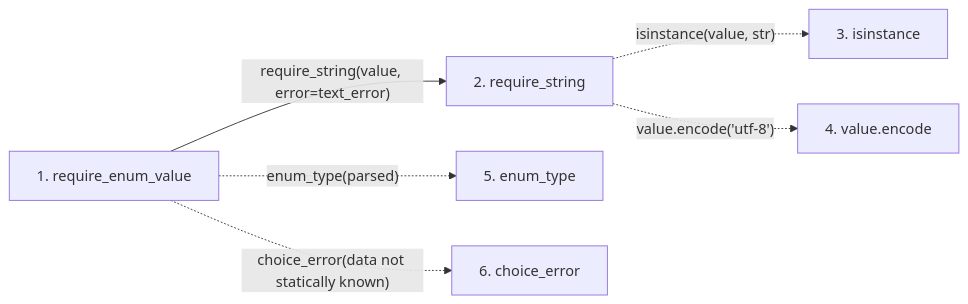
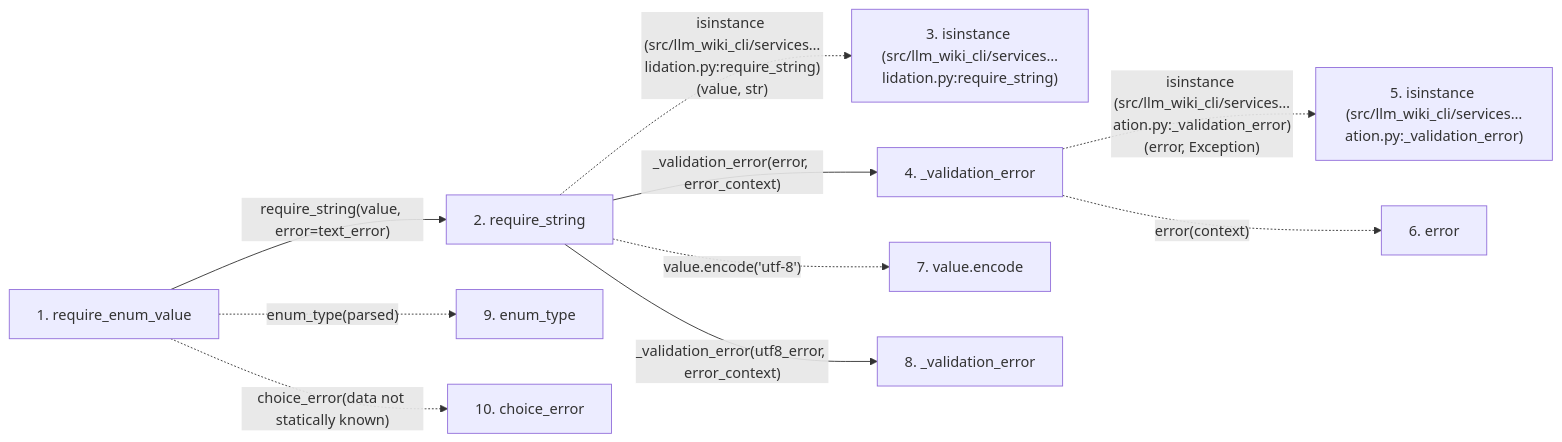
Before and after one commit to Denissvgn/python-wiki-llm: the second of 2 diagrams in docs/llm_wiki/flows/api-require_enum_value.md, drawn with Mermaid. The commit also changed other lines of this file and 627 other files, not shown here.

````diff
--- a/docs/llm_wiki/flows/api-require_enum_value.md
+++ b/docs/llm_wiki/flows/api-require_enum_value.md
@@ -44,16 +51,26 @@
 ```mermaid
 flowchart LR
     s1["1. require_enum_value"]
     s2["2. require_string"]
-    s3["3. isinstance"]
-    s4["4. value.encode"]
-    s5["5. enum_type"]
-    s6["6. choice_error"]
+    s3["3. isinstance (src/llm_wiki_cli/services…lidation.py:require_string)"]
+    s4["4. _validation_error"]
+    s5["5. isinstance (src/llm_wiki_cli/services…ation.py:_validation_error)"]
+    s6["6. error"]
+    s7["7. value.encode"]
+    s8["8. _validation_error"]
+    s9["9. enum_type"]
+    s10["10. choice_error"]
     s1 -->|"require_string(value, error=text_error)"| s2
-    s2 -. "isinstance(value, str)" .-> s3
-    s2 -. "value.encode('utf-8')" .-> s4
-    s1 -. "enum_type(parsed)" .-> s5
-    s1 -. "choice_error(data not statically known)" .-> s6
+    s2 -. "isinstance (src/llm_wiki_cli/services…lidation.py:require_string)(value, str)" .-> s3
+    s2 -->|"_validation_error(error, error_context)"| s4
+    s4 -. "isinstance (src/llm_wiki_cli/services…ation.py:_validation_error)(error, Exception)" .-> s5
+    s4 -. "error(context)" .-> s6
+    s2 -. "value.encode('utf-8')" .-> s7
+    s2 -->|"_validation_error(utf8_error, error_context)"| s8
+    s1 -. "enum_type(parsed)" .-> s9
+    s1 -. "choice_error(data not statically known)" .-> s10
     click s1 "../modules/validation.md"
     click s2 "../modules/validation.md"
+    click s4 "../modules/validation.md"
+    click s8 "../modules/validation.md"
 ```
````
